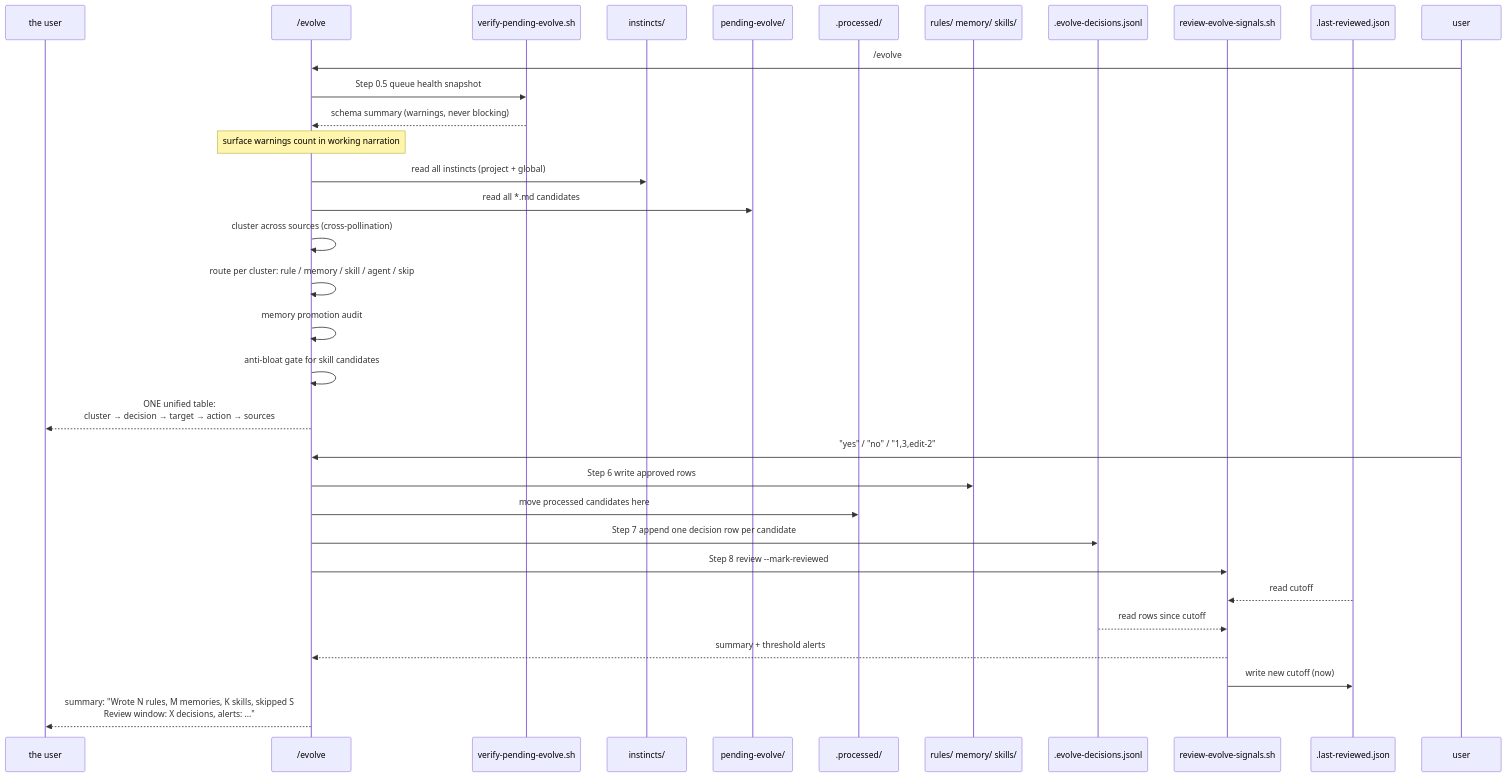
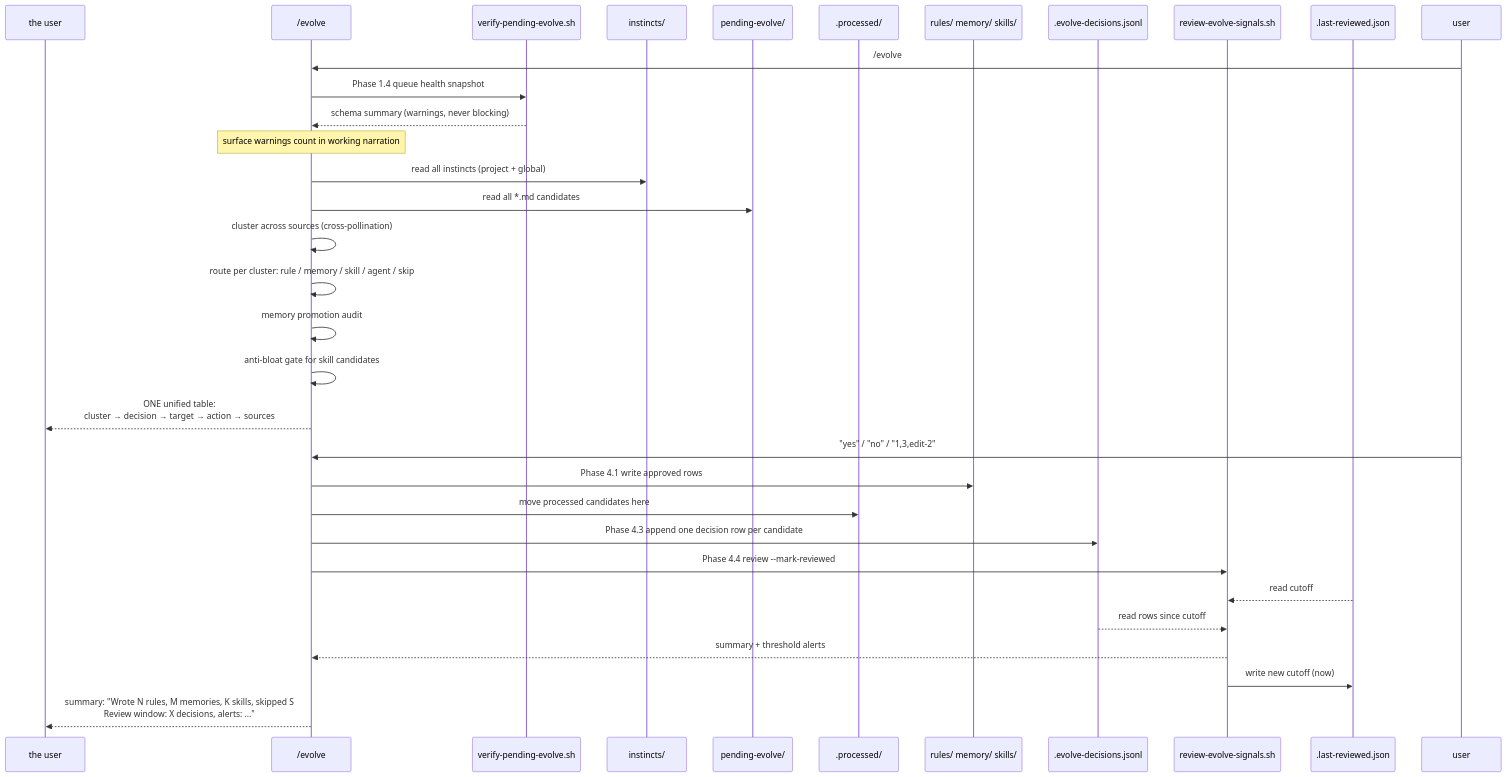
The fifth of 5 diagrams in docs/ARCHITECTURE.md (annexiao/claude-code-self-evolution), drawn with Mermaid before and after one commit. The commit also changed other lines of this file and 6 other files, not shown here.

````diff
--- a/docs/ARCHITECTURE.md
+++ b/docs/ARCHITECTURE.md
@@ -298,40 +298,40 @@
 ```mermaid
 sequenceDiagram
  participant the user
  participant Ev as /evolve
  participant Verify as verify-pending-evolve.sh
  participant Inst as instincts/
  participant Pend as pending-evolve/
  participant Proc as .processed/
  participant Outs as rules/ memory/ skills/
  participant Log as .evolve-decisions.jsonl
  participant Review as review-evolve-signals.sh
  participant State as .last-reviewed.json
 
  user->>Ev: /evolve
- Ev->>Verify: Step 0.5 queue health snapshot
+ Ev->>Verify: Phase 1.4 queue health snapshot
  Verify-->>Ev: schema summary (warnings, never blocking)
  Note over Ev: surface warnings count in working narration
 
  Ev->>Inst: read all instincts (project + global)
  Ev->>Pend: read all *.md candidates
  Ev->>Ev: cluster across sources (cross-pollination)
  Ev->>Ev: route per cluster: rule / memory / skill / agent / skip
  Ev->>Ev: memory promotion audit
  Ev->>Ev: anti-bloat gate for skill candidates
 
  Ev-->>the user: ONE unified table:<br/>cluster → decision → target → action → sources
 
  user->>Ev: "yes" / "no" / "1,3,edit-2"
- Ev->>Outs: Step 6 write approved rows
+ Ev->>Outs: Phase 4.1 write approved rows
  Ev->>Proc: move processed candidates here
- Ev->>Log: Step 7 append one decision row per candidate
+ Ev->>Log: Phase 4.3 append one decision row per candidate
 
- Ev->>Review: Step 8 review --mark-reviewed
+ Ev->>Review: Phase 4.4 review --mark-reviewed
  State-->>Review: read cutoff
  Log-->>Review: read rows since cutoff
  Review-->>Ev: summary + threshold alerts
  Review->>State: write new cutoff (now)
 
  Ev-->>the user: summary: "Wrote N rules, M memories, K skills, skipped S<br/>Review window: X decisions, alerts: ..."
 ```
````
